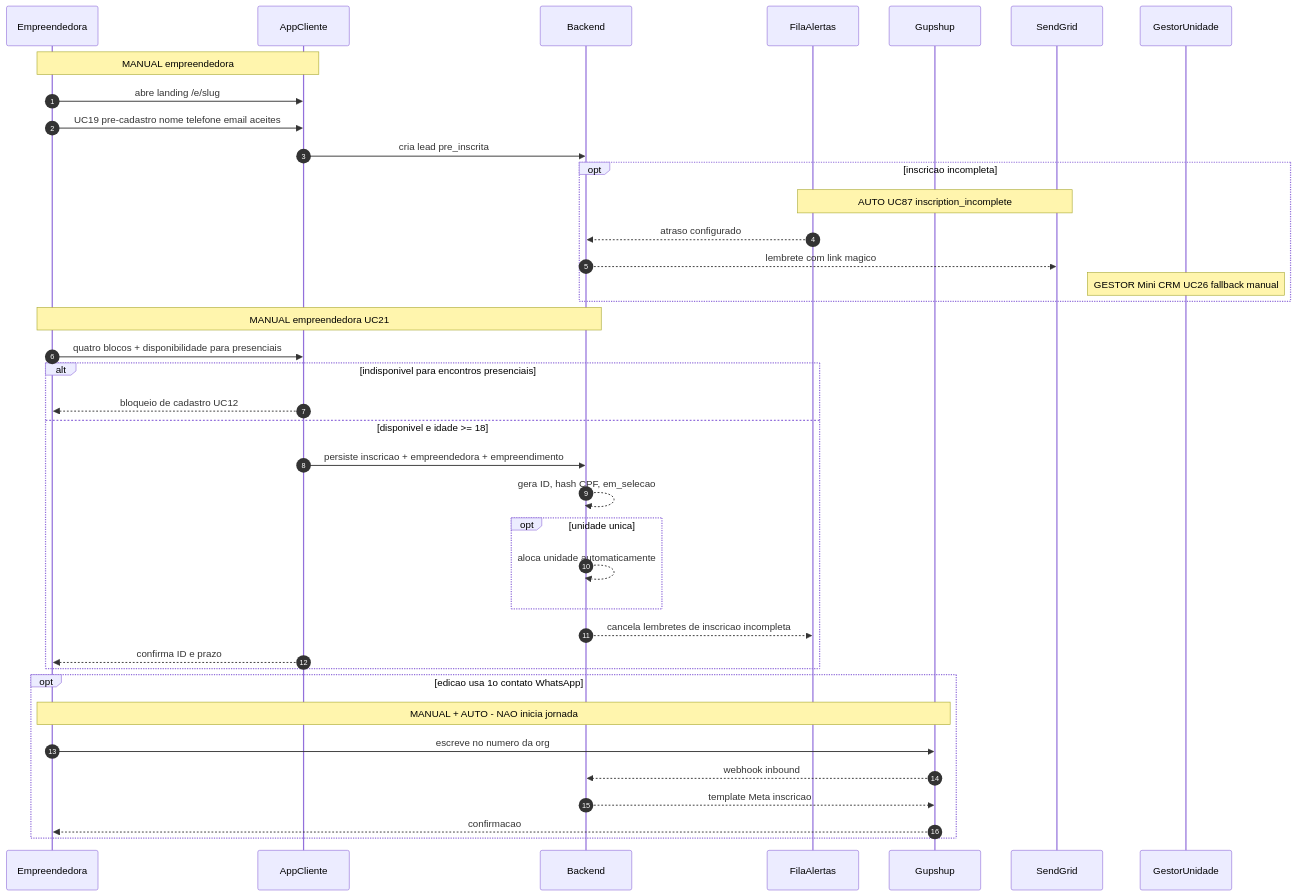
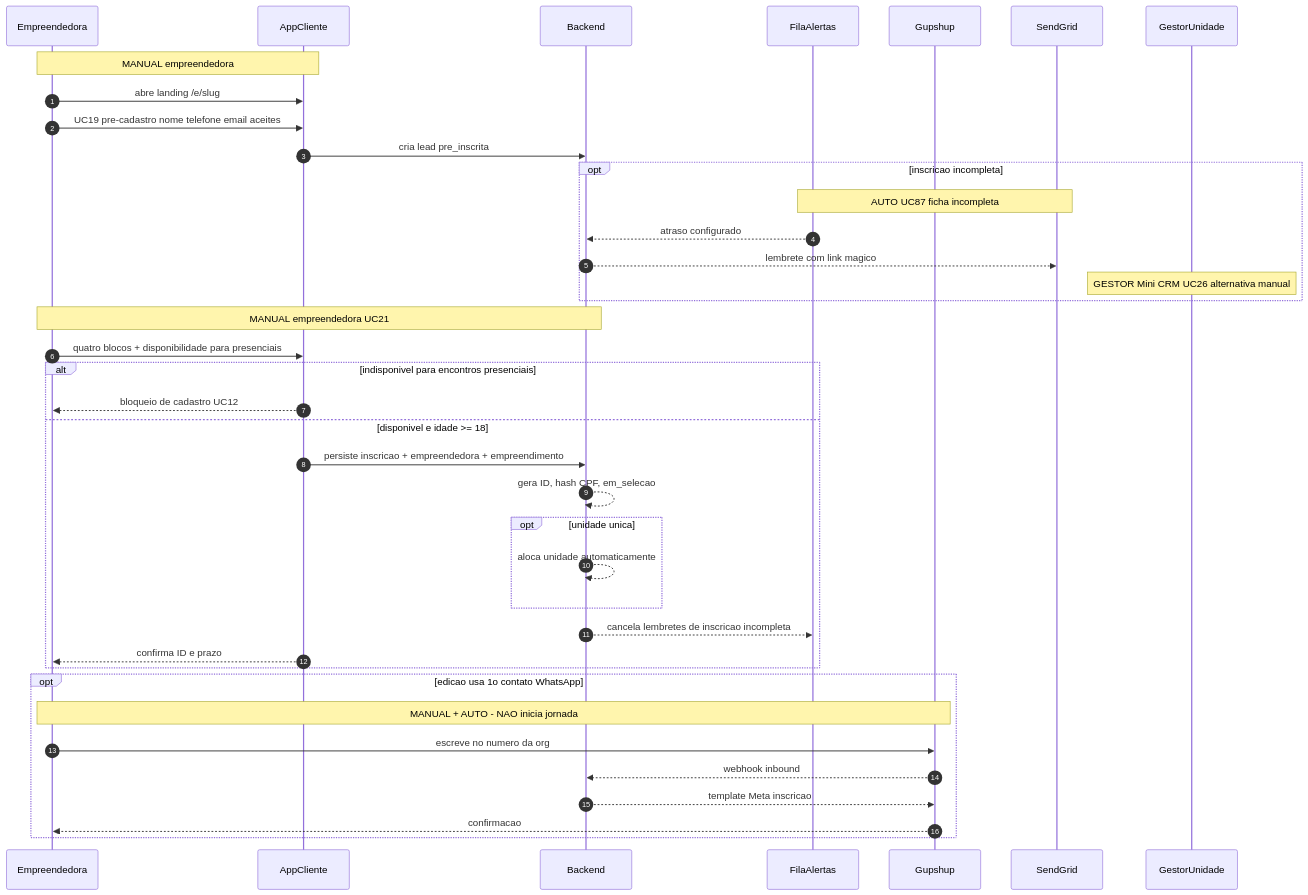
The first of 11 diagrams in docs/jornadas/presencial-hibrido.md (luciorogeriosp/cm_documentacao), drawn with Mermaid before and after one commit. The commit also changed other lines of this file and 76 other files, not shown here.

````diff
--- a/docs/jornadas/presencial-hibrido.md
+++ b/docs/jornadas/presencial-hibrido.md
@@ -31,45 +31,45 @@
 ```mermaid
 sequenceDiagram
   autonumber
   participant Empreendedora
   participant AppCliente
   participant Backend
   participant FilaAlertas
   participant Gupshup
   participant SendGrid
   participant GestorUnidade
 
   Note over Empreendedora,AppCliente: MANUAL empreendedora
   Empreendedora ->> AppCliente: abre landing /e/slug
   Empreendedora ->> AppCliente: UC19 pre-cadastro nome telefone email aceites
   AppCliente ->> Backend: cria lead pre_inscrita
 
   opt inscricao incompleta
-    Note over FilaAlertas,SendGrid: AUTO UC87 inscription_incomplete
+    Note over FilaAlertas,SendGrid: AUTO UC87 ficha incompleta
     FilaAlertas -->> Backend: atraso configurado
     Backend -->> SendGrid: lembrete com link magico
-    Note over GestorUnidade: GESTOR Mini CRM UC26 fallback manual
+    Note over GestorUnidade: GESTOR Mini CRM UC26 alternativa manual
   end
 
   Note over Empreendedora,Backend: MANUAL empreendedora UC21
   Empreendedora ->> AppCliente: quatro blocos + disponibilidade para presenciais
   alt indisponivel para encontros presenciais
     AppCliente -->> Empreendedora: bloqueio de cadastro UC12
   else disponivel e idade >= 18
     AppCliente ->> Backend: persiste inscricao + empreendedora + empreendimento
     Backend -->> Backend: gera ID, hash CPF, em_selecao
     opt unidade unica
       Backend -->> Backend: aloca unidade automaticamente
     end
     Backend -->> FilaAlertas: cancela lembretes de inscricao incompleta
     AppCliente -->> Empreendedora: confirma ID e prazo
   end
 
   opt edicao usa 1o contato WhatsApp
     Note over Empreendedora,Gupshup: MANUAL + AUTO - NAO inicia jornada
     Empreendedora ->> Gupshup: escreve no numero da org
     Gupshup -->> Backend: webhook inbound
     Backend -->> Gupshup: template Meta inscricao
     Gupshup -->> Empreendedora: confirmacao
   end
 ```
````
